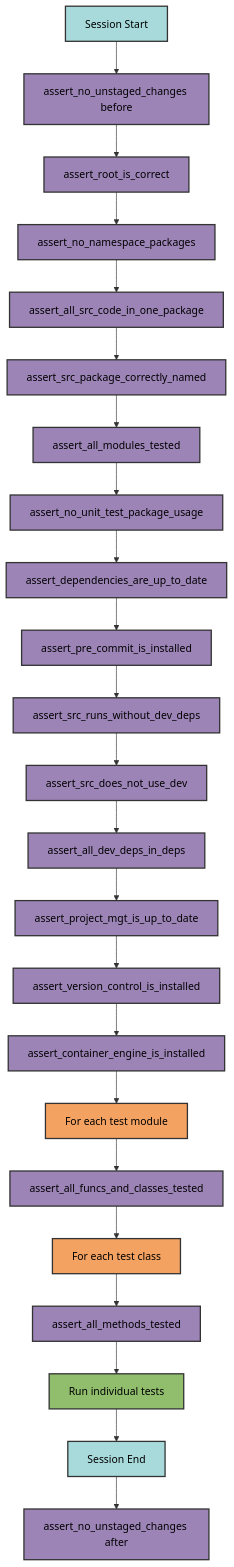
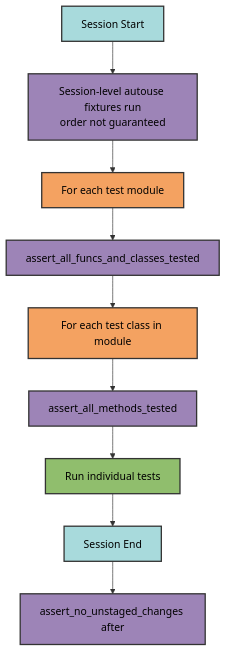
Before and after one commit to Winipedia/pyrig: the second of 2 diagrams in docs/tests/autouse.md, drawn with Mermaid. The commit also changed other lines of this file and 45 other files, not shown here.

````diff
--- a/docs/tests/autouse.md
+++ b/docs/tests/autouse.md
@@ -293,49 +290,21 @@
 ```mermaid
 graph TD
-    A[Session Start] --> B[assert_no_unstaged_changes before]
-    B --> C[assert_root_is_correct]
-    C --> D[assert_no_namespace_packages]
-    D --> E[assert_all_src_code_in_one_package]
-    E --> F[assert_src_package_correctly_named]
-    F --> G[assert_all_modules_tested]
-    G --> H[assert_no_unit_test_package_usage]
-    H --> I[assert_dependencies_are_up_to_date]
-    I --> J[assert_pre_commit_is_installed]
-    J --> K[assert_src_runs_without_dev_deps]
-    K --> L[assert_src_does_not_use_dev]
-    L --> M[assert_all_dev_deps_in_deps]
-    M --> N[assert_project_mgt_is_up_to_date]
-    N --> O[assert_version_control_is_installed]
-    O --> P[assert_container_engine_is_installed]
-    P --> Q[For each test module]
-    Q --> R[assert_all_funcs_and_classes_tested]
-    R --> S[For each test class]
-    S --> T[assert_all_methods_tested]
-    T --> U[Run individual tests]
-    U --> V[Session End]
-    V --> W[assert_no_unstaged_changes after]
+    A[Session Start] --> B[Session-level autouse fixtures run<br/>order not guaranteed]
+    B --> C[For each test module]
+    C --> D[assert_all_funcs_and_classes_tested]
+    D --> E[For each test class in module]
+    E --> F[assert_all_methods_tested]
+    F --> G[Run individual tests]
+    G --> H[Session End]
+    H --> I[assert_no_unstaged_changes after]
 
     style A fill:#a8dadc,stroke:#333,stroke-width:2px,color:#000
     style B fill:#9d84b7,stroke:#333,stroke-width:2px,color:#000
-    style C fill:#9d84b7,stroke:#333,stroke-width:2px,color:#000
+    style C fill:#f4a261,stroke:#333,stroke-width:2px,color:#000
     style D fill:#9d84b7,stroke:#333,stroke-width:2px,color:#000
-    style E fill:#9d84b7,stroke:#333,stroke-width:2px,color:#000
+    style E fill:#f4a261,stroke:#333,stroke-width:2px,color:#000
     style F fill:#9d84b7,stroke:#333,stroke-width:2px,color:#000
-    style G fill:#9d84b7,stroke:#333,stroke-width:2px,color:#000
-    style H fill:#9d84b7,stroke:#333,stroke-width:2px,color:#000
+    style G fill:#90be6d,stroke:#333,stroke-width:2px,color:#000
+    style H fill:#a8dadc,stroke:#333,stroke-width:2px,color:#000
     style I fill:#9d84b7,stroke:#333,stroke-width:2px,color:#000
-    style J fill:#9d84b7,stroke:#333,stroke-width:2px,color:#000
-    style K fill:#9d84b7,stroke:#333,stroke-width:2px,color:#000
-    style L fill:#9d84b7,stroke:#333,stroke-width:2px,color:#000
-    style M fill:#9d84b7,stroke:#333,stroke-width:2px,color:#000
-    style N fill:#9d84b7,stroke:#333,stroke-width:2px,color:#000
-    style O fill:#9d84b7,stroke:#333,stroke-width:2px,color:#000
-    style P fill:#9d84b7,stroke:#333,stroke-width:2px,color:#000
-    style Q fill:#f4a261,stroke:#333,stroke-width:2px,color:#000
-    style R fill:#9d84b7,stroke:#333,stroke-width:2px,color:#000
-    style S fill:#f4a261,stroke:#333,stroke-width:2px,color:#000
-    style T fill:#9d84b7,stroke:#333,stroke-width:2px,color:#000
-    style U fill:#90be6d,stroke:#333,stroke-width:2px,color:#000
-    style V fill:#a8dadc,stroke:#333,stroke-width:2px,color:#000
-    style W fill:#9d84b7,stroke:#333,stroke-width:2px,color:#000
 ```
````
